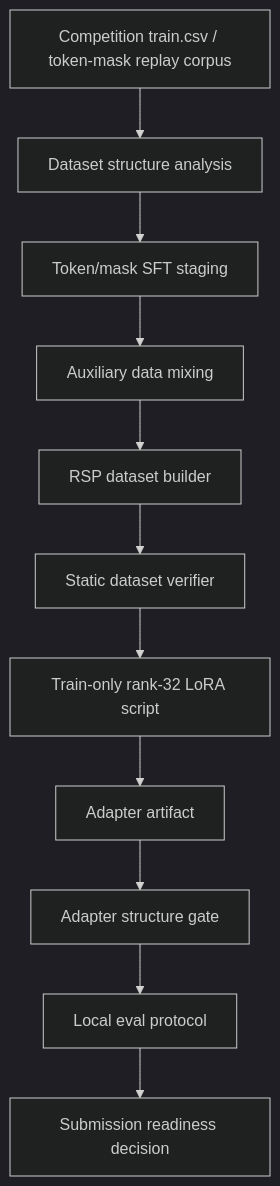
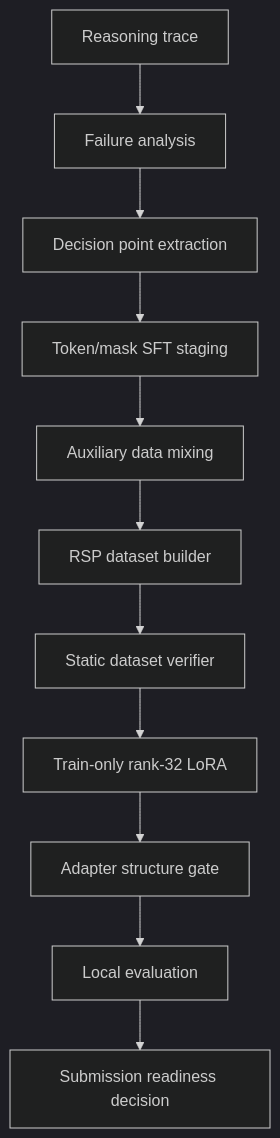
Before and after one commit to leegongman/nvidia-nemotron-reasoning: the diagram in README.md, drawn with Mermaid (dark theme). The commit also changed other lines of this file and 1 other file, not shown here.

````diff
--- a/README.md
+++ b/README.md
@@ -64,13 +139,13 @@
 ```mermaid
 flowchart TD
-    A["Competition train.csv / token-mask replay corpus"] --> B["Dataset structure analysis"]
-    B --> C["Token/mask SFT staging"]
-    C --> D["Auxiliary data mixing"]
-    D --> E["RSP dataset builder"]
-    E --> F["Static dataset verifier"]
-    F --> G["Train-only rank-32 LoRA script"]
-    G --> H["Adapter artifact"]
+    A["Reasoning trace"] --> B["Failure analysis"]
+    B --> C["Decision point extraction"]
+    C --> D["Token/mask SFT staging"]
+    D --> E["Auxiliary data mixing"]
+    E --> F["RSP dataset builder"]
+    F --> G["Static dataset verifier"]
+    G --> H["Train-only rank-32 LoRA"]
     H --> I["Adapter structure gate"]
-    I --> J["Local eval protocol"]
+    I --> J["Local evaluation"]
     J --> K["Submission readiness decision"]
 ```
````
